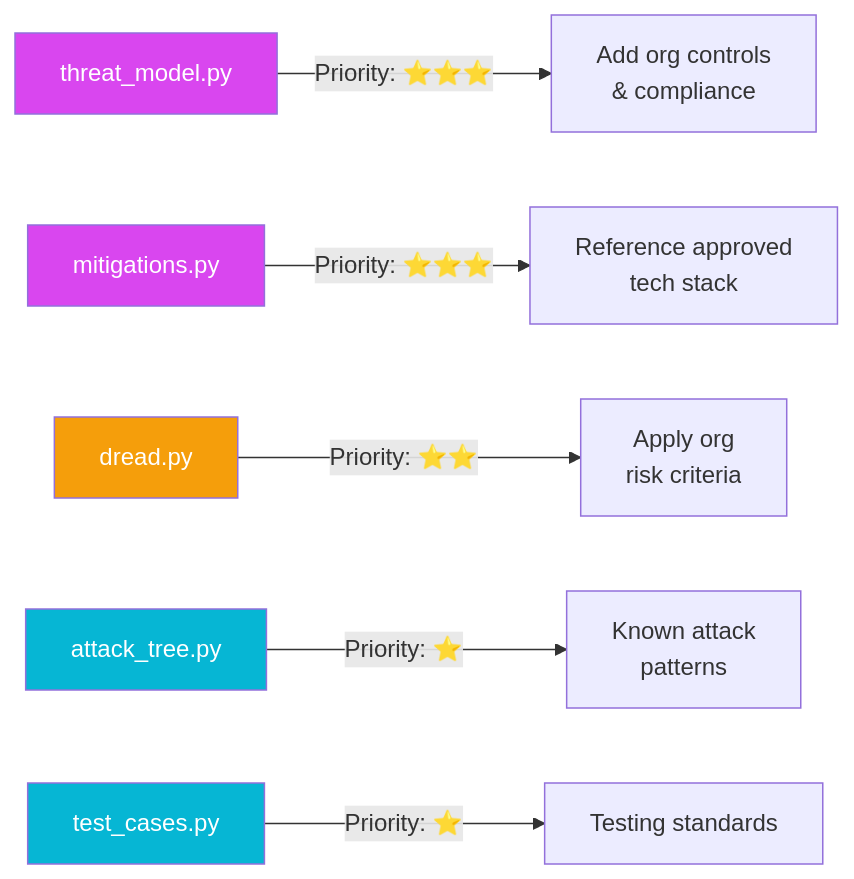
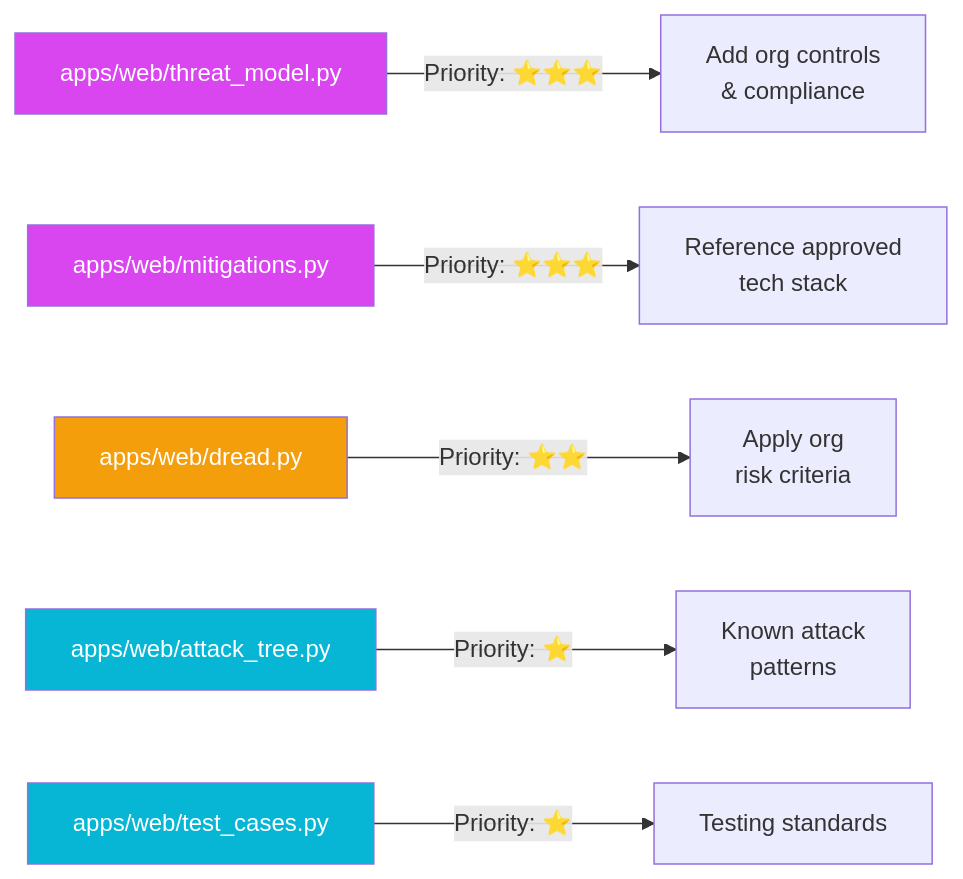
The third of 8 diagrams in docs/operationalization-guide.md (mrwadams/stride-gpt), drawn with Mermaid before and after one commit. The commit also changed other lines of this file and 16 other files, not shown here.

````diff
--- a/docs/operationalization-guide.md
+++ b/docs/operationalization-guide.md
@@ -36,14 +80,14 @@
 ```mermaid
 graph LR
-    A[threat_model.py] -->|Priority: ⭐⭐⭐| B[Add org controls<br/>& compliance]
-    C[mitigations.py] -->|Priority: ⭐⭐⭐| D[Reference approved<br/>tech stack]
-    E[dread.py] -->|Priority: ⭐⭐| F[Apply org<br/>risk criteria]
-    G[attack_tree.py] -->|Priority: ⭐| H[Known attack<br/>patterns]
-    I[test_cases.py] -->|Priority: ⭐| J[Testing standards]
+    A[apps/web/threat_model.py] -->|Priority: ⭐⭐⭐| B[Add org controls<br/>& compliance]
+    C[apps/web/mitigations.py] -->|Priority: ⭐⭐⭐| D[Reference approved<br/>tech stack]
+    E[apps/web/dread.py] -->|Priority: ⭐⭐| F[Apply org<br/>risk criteria]
+    G[apps/web/attack_tree.py] -->|Priority: ⭐| H[Known attack<br/>patterns]
+    I[apps/web/test_cases.py] -->|Priority: ⭐| J[Testing standards]
 
     style A fill:#D946EF,color:#fff
     style C fill:#D946EF,color:#fff
     style E fill:#F59E0B,color:#fff
     style G fill:#06B6D4,color:#fff
     style I fill:#06B6D4,color:#fff
 ```
````
